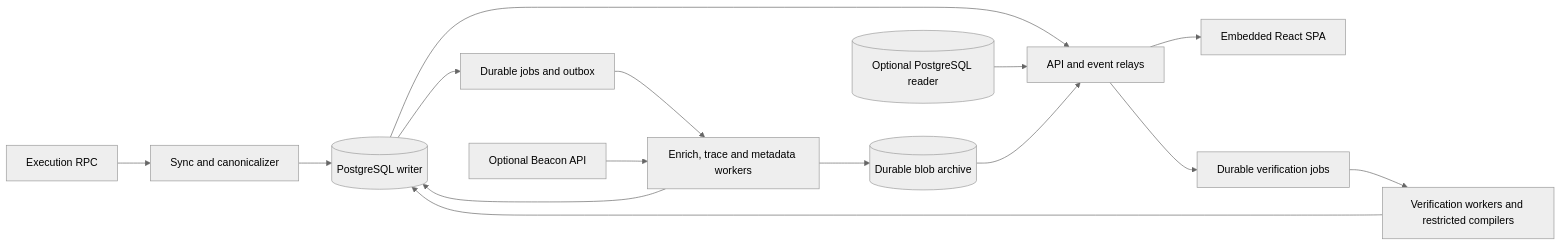
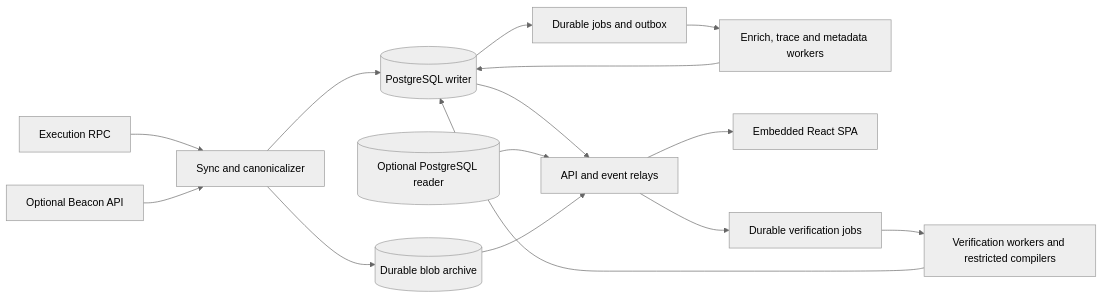
One commit to islishude/etherview changed the diagram in docs/architecture/overview.md. Above: the diagram before and after it, drawn with Mermaid (neutral theme). The commit also changed other lines of this file and 153 other files, not shown here.

First line of the commit message:
Centralize execution and Beacon acquisition in sync (#232)

````diff
--- a/docs/architecture/overview.md
+++ b/docs/architecture/overview.md
@@ -18,17 +18,17 @@
 ```mermaid
 flowchart LR
     RPC[Execution RPC] --> Sync[Sync and canonicalizer]
     Sync --> PG[(PostgreSQL writer)]
     PG --> Jobs[Durable jobs and outbox]
     Jobs --> Workers[Enrich, trace and metadata workers]
     Workers --> PG
-    Beacon[Optional Beacon API] --> Workers
-    Workers --> Archive[(Durable blob archive)]
+    Beacon[Optional Beacon API] --> Sync
+    Sync --> Archive[(Durable blob archive)]
     PG --> API[API and event relays]
     Reader[(Optional PostgreSQL reader)] --> API
     Archive --> API
     API --> Web[Embedded React SPA]
     API --> Verify[Durable verification jobs]
     Verify --> Compiler[Verification workers and restricted compilers]
     Compiler --> PG
 ```
````
